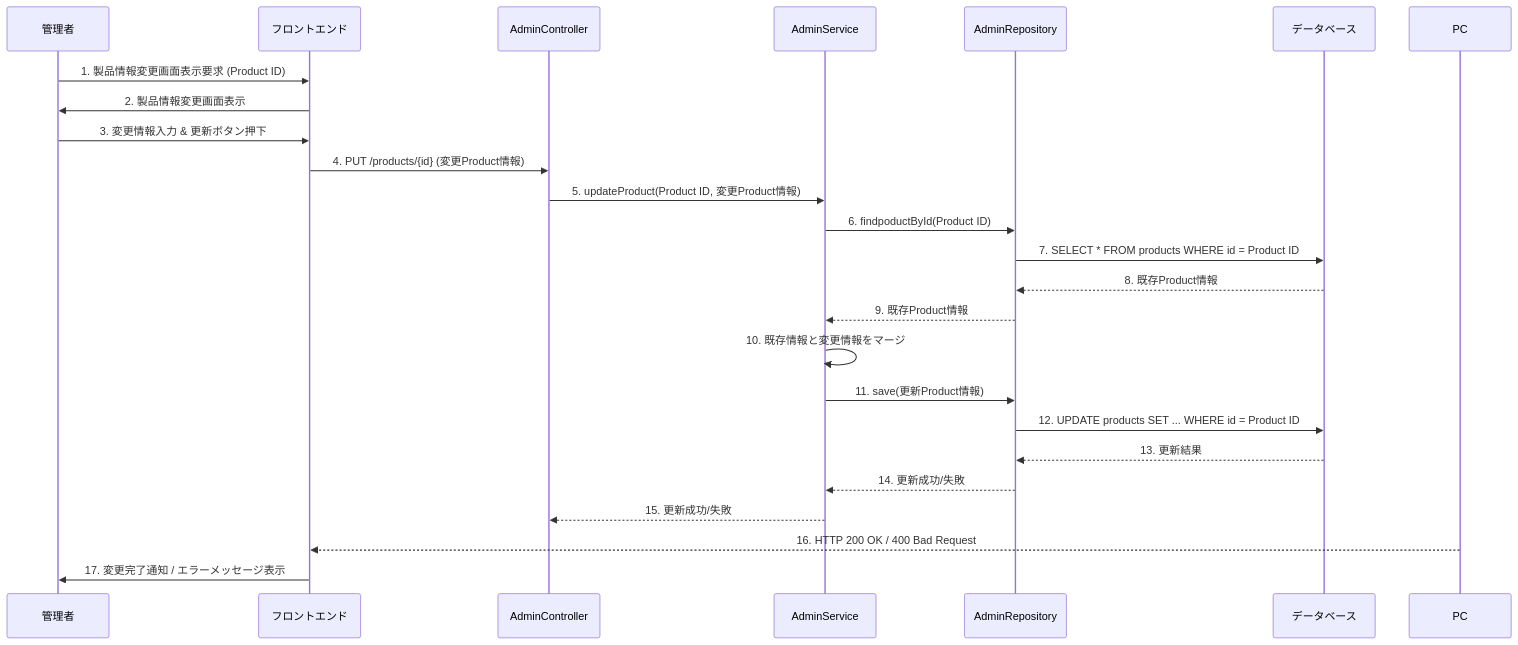
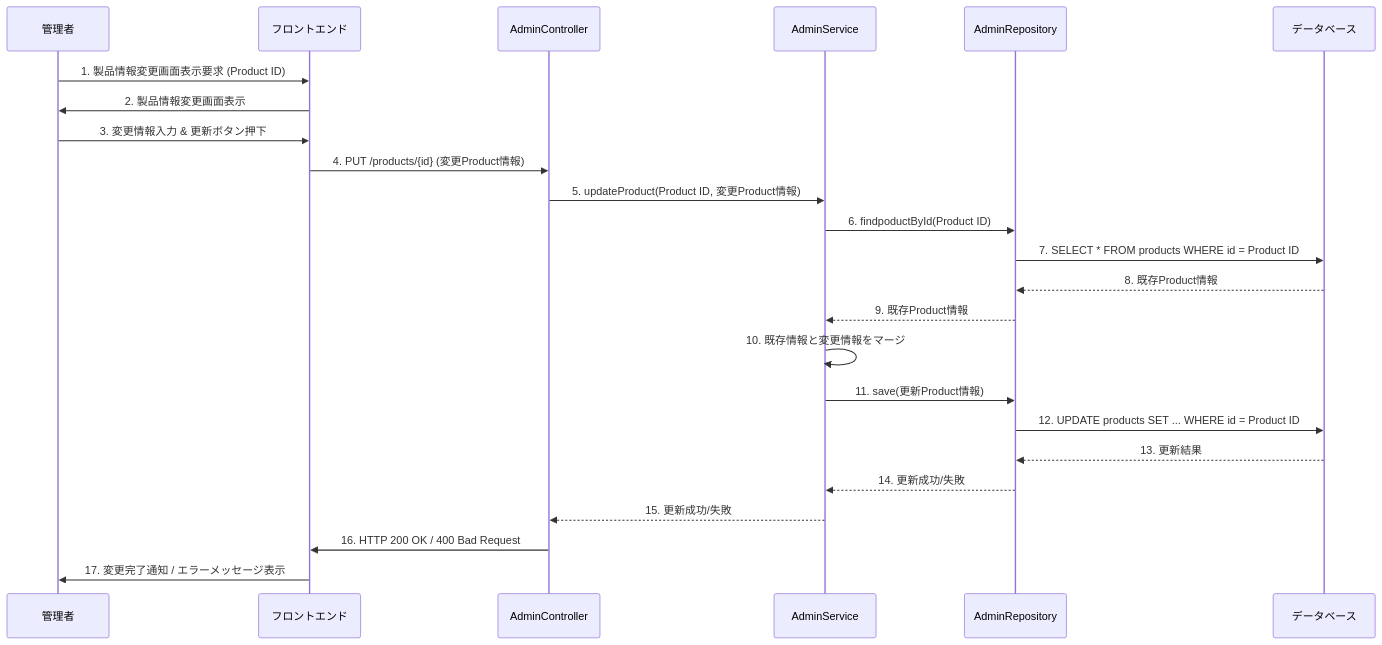
The ninth of 13 diagrams in 詳細設計/詳細設計.md (Hinako-Kimura127/neko), drawn with Mermaid before and after one commit. The commit also changed other lines of this file, not shown here.

````diff
--- a/詳細設計/詳細設計.md
+++ b/詳細設計/詳細設計.md
@@ -365,27 +363,27 @@
 ```mermaid
 sequenceDiagram
     participant Admin as 管理者
     participant FE as フロントエンド
     participant AC as AdminController
     participant AS as AdminService
     participant AR as AdminRepository
     participant DB as データベース
  
     Admin->>FE: 1. 製品情報変更画面表示要求 (Product ID)
     FE->>Admin: 2. 製品情報変更画面表示
     Admin->>FE: 3. 変更情報入力 & 更新ボタン押下
     FE->>AC: 4.  PUT /products/{id} (変更Product情報)
     AC->>AS: 5. updateProduct(Product ID, 変更Product情報)
     AS->>AR: 6. findpoductById(Product ID)
     AR->>DB: 7. SELECT * FROM products WHERE id = Product ID
     DB-->>AR: 8. 既存Product情報
     AR-->>AS: 9. 既存Product情報
     AS->>AS: 10. 既存情報と変更情報をマージ
     AS->>AR: 11. save(更新Product情報)
     AR->>DB: 12. UPDATE products SET ... WHERE id = Product ID
     DB-->>AR: 13. 更新結果
     AR-->>AS: 14. 更新成功/失敗
     AS-->>AC: 15. 更新成功/失敗
-    PC-->>FE: 16. HTTP 200 OK / 400 Bad Request
+    AC ->> FE: 16. HTTP 200 OK / 400 Bad Request
     FE->>Admin: 17. 変更完了通知 / エラーメッセージ表示
 ```
````
